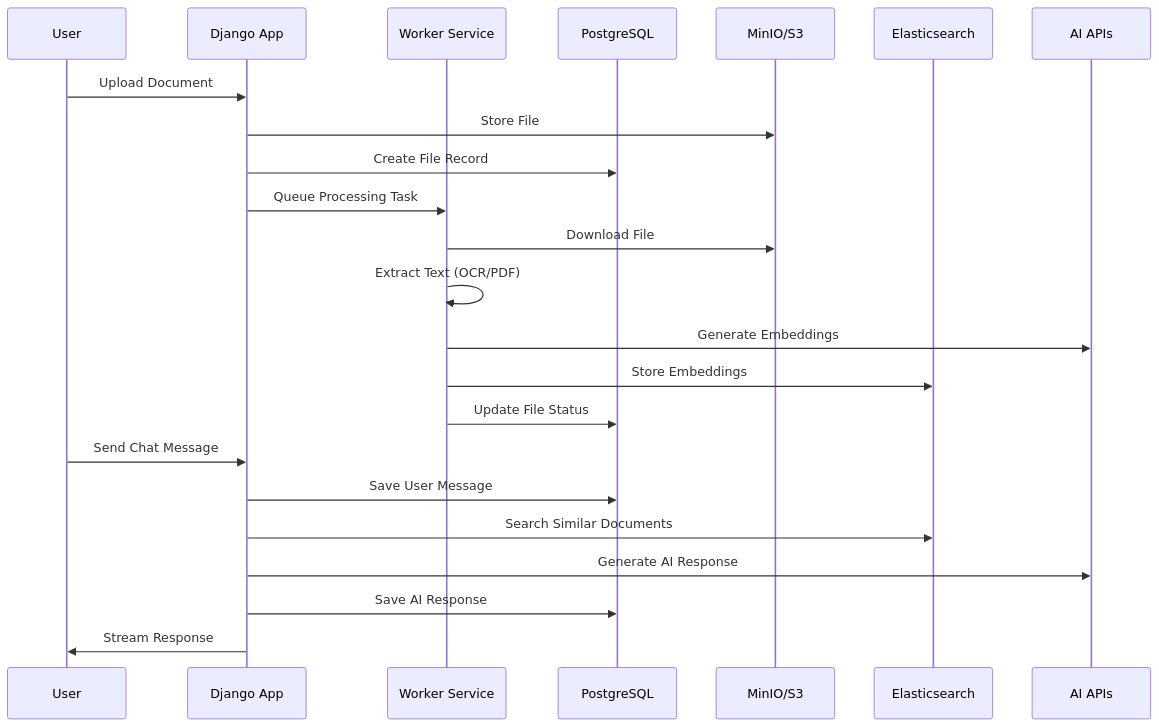
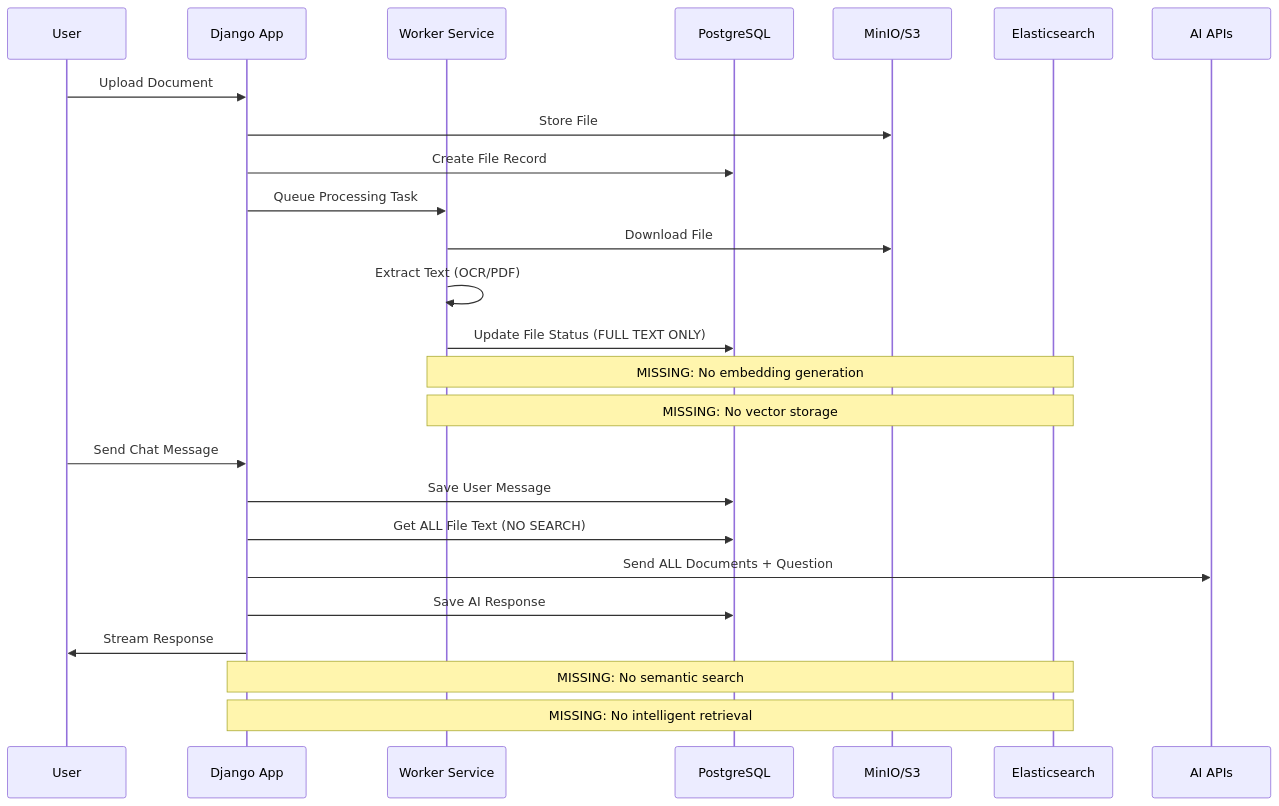
The second of 12 diagrams in knowledge-bank/django-app-service-audit.md (Blessan-Alex/redbox-v2), drawn with Mermaid before and after one commit. The commit also changed other lines of this file and 2 other files, not shown here.

Commit message:
adding worker audit as well

````diff
--- a/knowledge-bank/django-app-service-audit.md
+++ b/knowledge-bank/django-app-service-audit.md
@@ -69,28 +72,32 @@
 ```mermaid
 sequenceDiagram
     participant User
     participant Django as Django App
     participant Worker as Worker Service
     participant DB as PostgreSQL
     participant Storage as MinIO/S3
     participant ES as Elasticsearch
     participant LLM as AI APIs
     
     User->>Django: Upload Document
     Django->>Storage: Store File
     Django->>DB: Create File Record
     Django->>Worker: Queue Processing Task
     
     Worker->>Storage: Download File
     Worker->>Worker: Extract Text (OCR/PDF)
-    Worker->>LLM: Generate Embeddings
-    Worker->>ES: Store Embeddings
-    Worker->>DB: Update File Status
+    Worker->>DB: Update File Status (FULL TEXT ONLY)
+    
+    Note over Worker,ES: MISSING: No embedding generation
+    Note over Worker,ES: MISSING: No vector storage
     
     User->>Django: Send Chat Message
     Django->>DB: Save User Message
-    Django->>ES: Search Similar Documents
-    Django->>LLM: Generate AI Response
+    Django->>DB: Get ALL File Text (NO SEARCH)
+    Django->>LLM: Send ALL Documents + Question
     Django->>DB: Save AI Response
     Django->>User: Stream Response
+    
+    Note over Django,ES: MISSING: No semantic search
+    Note over Django,ES: MISSING: No intelligent retrieval
 ```
````
